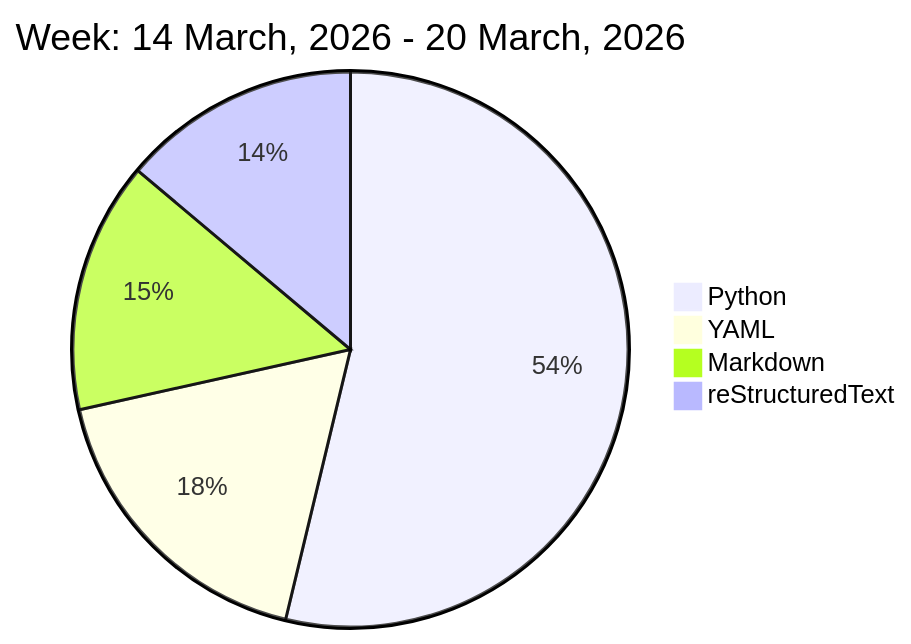
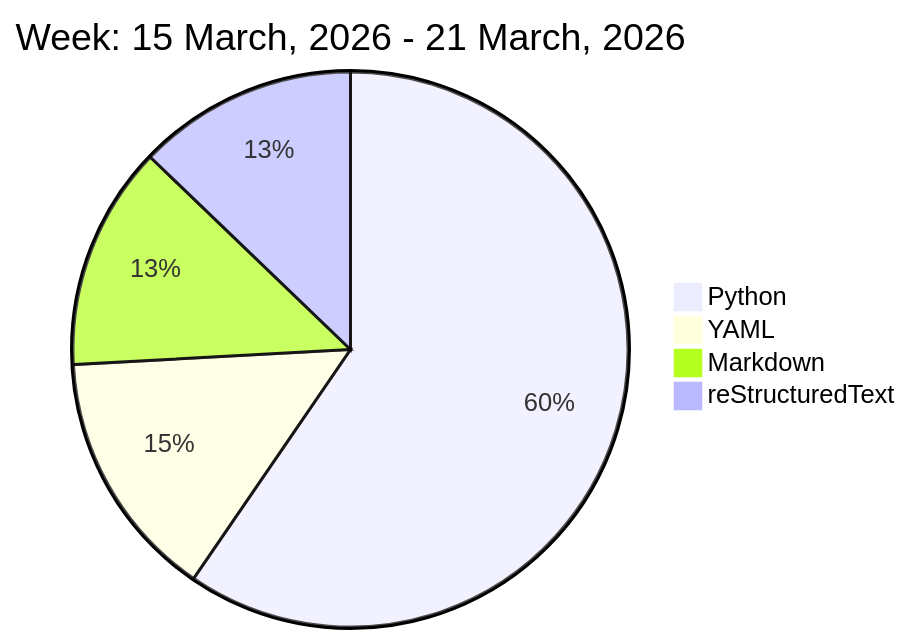
Before and after one commit to liubin95/liubin95: the diagram in README.md, drawn with Mermaid.

Commit message:
Updated the Graph with new Metrics

````diff
--- a/README.md
+++ b/README.md
@@ -32,8 +32,8 @@
 ```mermaid
  pie
-title Week: 14 March, 2026 - 20 March, 2026
- "Python" : 9.38
- "YAML" : 3.1
- "Markdown" : 2.55
- "reStructuredText" : 2.42
+title Week: 15 March, 2026 - 21 March, 2026
+ "Python" : 12.87
+ "YAML" : 3.15
+ "Markdown" : 2.82
+ "reStructuredText" : 2.77
 ```
````
